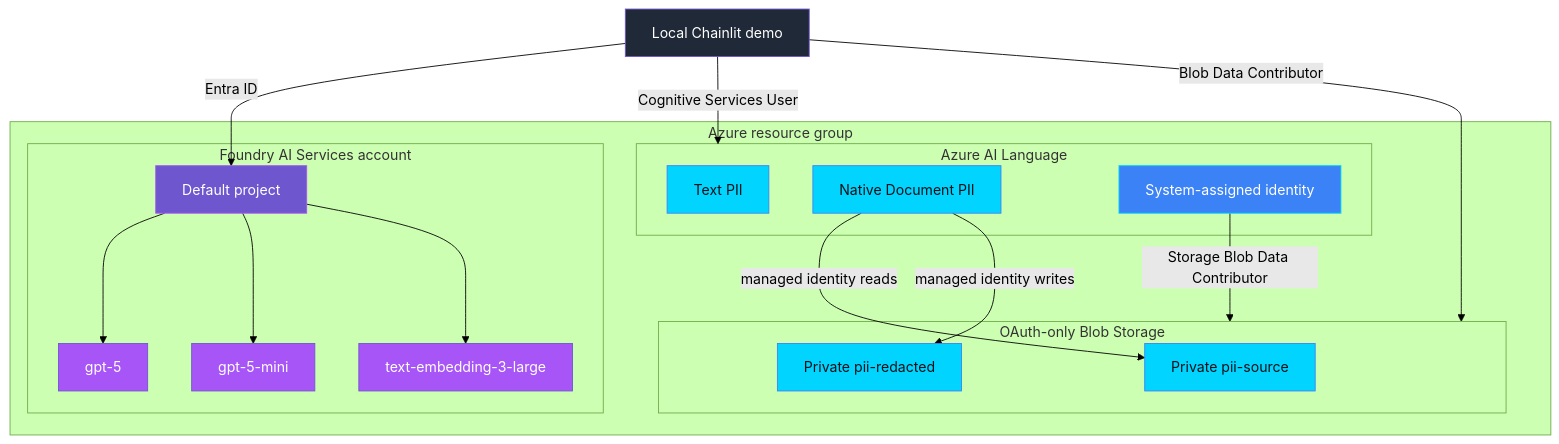
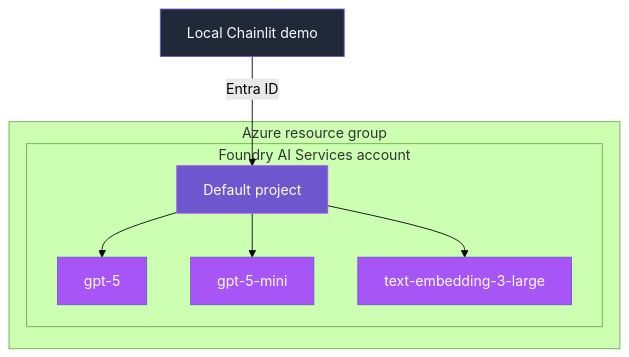
The diagram in infra/README.md (doruit/forged-with-foundry), drawn with Mermaid (forest theme) before and after one commit. The commit also changed other lines of this file and 21 other files, not shown here.

````diff
--- a/infra/README.md
+++ b/infra/README.md
@@ -26,45 +23,28 @@
 ```mermaid
 flowchart TB
   DEV[Local Chainlit demo]
 
   subgraph RG[Azure resource group]
     subgraph F[Foundry AI Services account]
       P[Default project]
       G5[gpt-5]
       G5M[gpt-5-mini]
       E[text-embedding-3-large]
       P --> G5
       P --> G5M
       P --> E
     end
 
-    subgraph L[Azure AI Language]
-      TP[Text PII]
-      DP[Native Document PII]
-      MI[System-assigned identity]
-    end
-
-    subgraph S[OAuth-only Blob Storage]
-      SRC[Private pii-source]
-      TGT[Private pii-redacted]
-    end
   end
 
   DEV -->|Entra ID| P
-  DEV -->|Cognitive Services User| L
-  DEV -->|Blob Data Contributor| S
-  DP -->|managed identity reads| SRC
-  DP -->|managed identity writes| TGT
-  MI -->|Storage Blob Data Contributor| S
 
   classDef governance fill:#6E56CF,stroke:#A855F7,color:#FFFFFF
   classDef platform fill:#3B82F6,stroke:#00D4FF,color:#FFFFFF
   classDef evidence fill:#00D4FF,stroke:#3B82F6,color:#0D1117
   classDef intelligence fill:#A855F7,stroke:#6E56CF,color:#FFFFFF
   classDef neutral fill:#1F2937,stroke:#6E56CF,color:#FFFFFF
   class DEV neutral
-  class MI platform
   class P governance
   class G5,G5M,E intelligence
-  class TP,DP,SRC,TGT evidence
 ```
````
